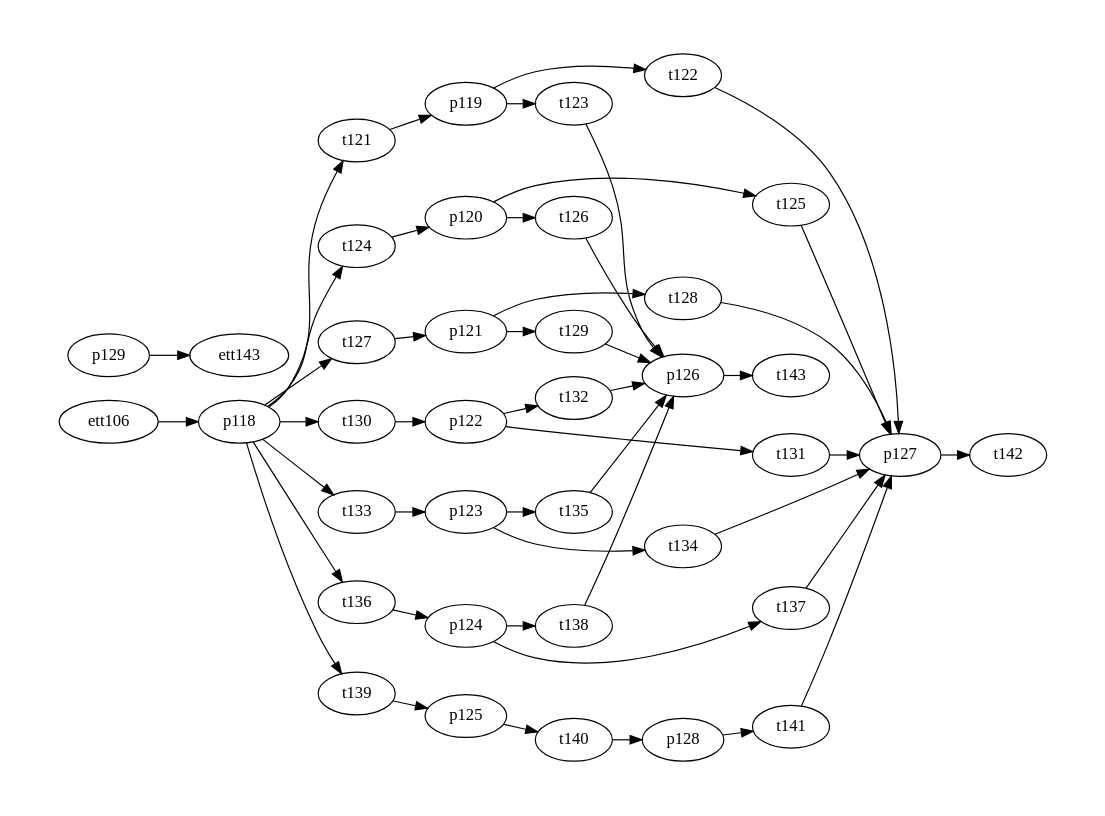
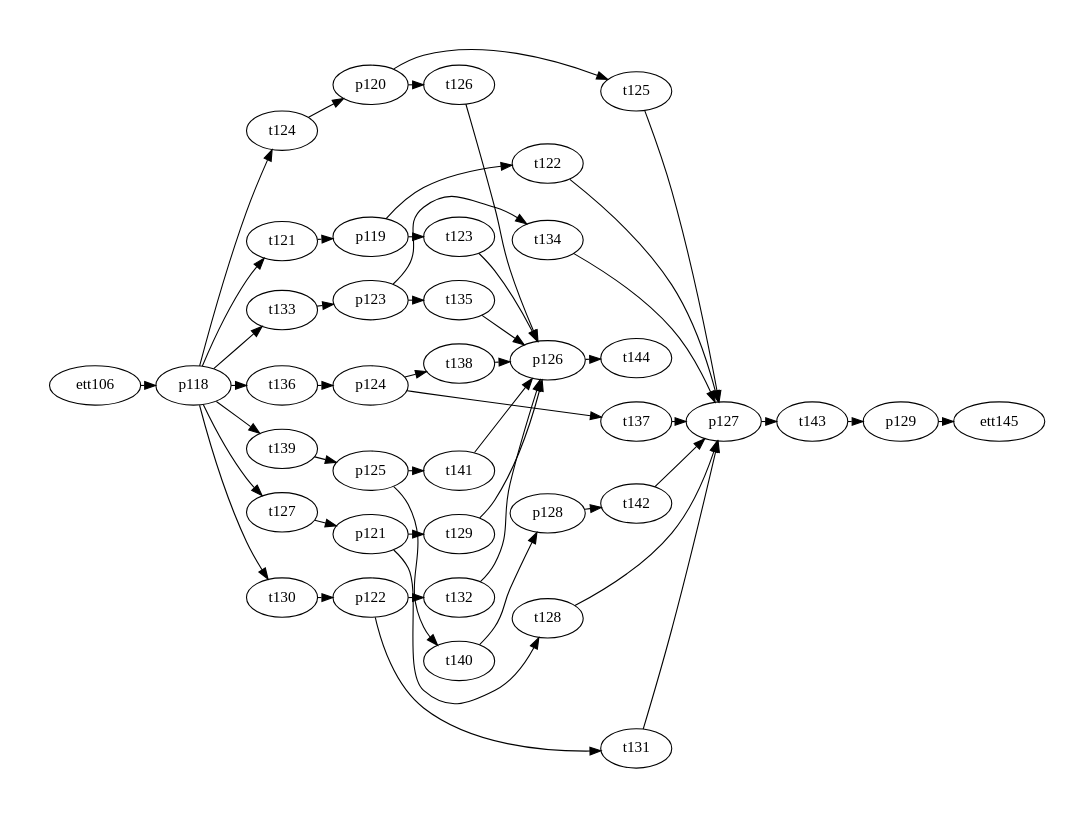
The diagram in figures/petriNets/dot/8-storageX/storageX.dot (Accacio/docsTCC), drawn with Graphviz before and after one commit. The commit also changed 6 other files, not shown here.

```diff
--- a/figures/petriNets/dot/8-storageX/storageX.dot
+++ b/figures/petriNets/dot/8-storageX/storageX.dot
@@ -1,131 +1,137 @@
 
 digraph A {
     # splines = ortho
     rankdir=LR;
     ratio=fill
     graph [pad="0.5", nodesep="0.25", ranksep="0.2"];
     margin=0;
     size="11.7,8.3!"
 
 # Módulo armazenador (x)
 
     p118
     p119
     p120
     p121
     p122
     p123
     p124
     p125
     p126
     p127
     p128
     p129
 
     t121
     t122
     t123
     t124
     t125
     t126
     t127
     t128
     t129
     t130
     t131
     t132
     t133
     t134
     t135
     t136
     t137
     t138
     t139
     t140
     t141
     t142
 
     
 # subgraph cluster_8 {
 #   label="Storage (x)";
 #   labelloc = b
 #   style="dashed"
   # color="red"
 
   # pre
 
   p118 -> t121
   p118 -> t124
   p118 -> t127
   p118 -> t130
   p118 -> t133
   p118 -> t136
   p118 -> t139
 
   p119 -> t122
   p119 -> t123
 
   p120 -> t125
   p120 -> t126
 
   p121 -> t128
   p121 -> t129
 
   p122 -> t131
   p122 -> t132
 
   p123 -> t134
   p123 -> t135
 
   p124 -> t137
   p124 -> t138
 
   p125 -> t140
-  p126 -> t143
+  p125 -> t141
 
-  p127 -> t142
+  p126 -> t144
 
-  p128 -> t141
+  p127 -> t143
+
+  p128 -> t142
 
 
 
   #pos
 
   t121 -> p119
   t122 -> p127
   t123 -> p126
 
   t124 -> p120
   t125 -> p127
   t126 -> p126
 
   t127 -> p121
   t128 -> p127
   t129 -> p126
 
   t130 -> p122
   t131 -> p127
   t132 -> p126
 
   t133 -> p123
   t134 -> p127
   t135 -> p126
 
   t136 -> p124
   t137 -> p127
   t138 -> p126
 
   t139 -> p125
   t140 -> p128
-  t141 -> p127
+
+  t141 -> p126
+
+  t142 -> p127
+  t143 -> p129
 
   
 
   
 # }
 ett106
 ett106 -> p118
 
-ett143
-p129 ->  ett143
+ett145
+p129 ->  ett145
 }
```
